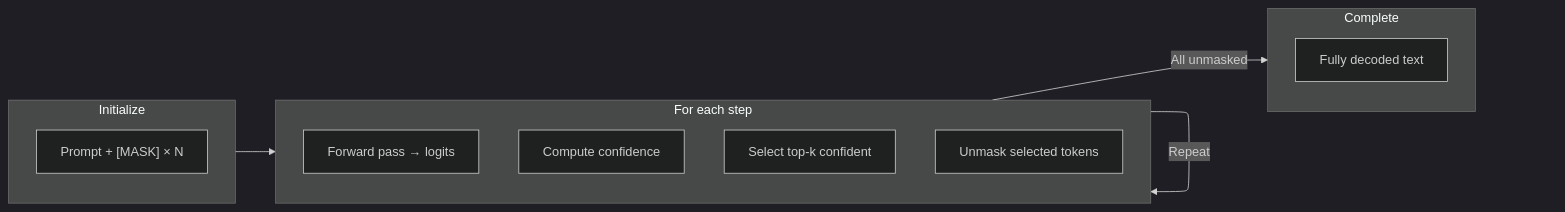
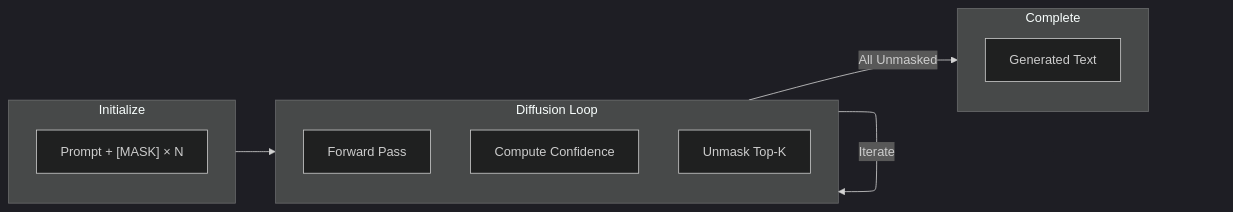
One commit to mwaykole/vdiff changed the second of 2 diagrams in README.md. Above: the diagram before and after it, drawn with Mermaid (dark theme). The commit also changed other lines of this file and 36 other files, not shown here.

````diff
--- a/README.md
+++ b/README.md
@@ -140,21 +297,20 @@
 ```mermaid
 flowchart LR
     subgraph Init["Initialize"]
         A["Prompt + [MASK] × N"]
     end
     
-    subgraph Loop["For each step"]
-        B["Forward pass → logits"]
-        C["Compute confidence"]
-        D["Select top-k confident"]
-        E["Unmask selected tokens"]
+    subgraph Loop["Diffusion Loop"]
+        B["Forward Pass"]
+        C["Compute Confidence"]
+        D["Unmask Top-K"]
     end
     
     subgraph Done["Complete"]
-        F["Fully decoded text"]
+        E["Generated Text"]
     end
     
     Init --> Loop
-    Loop -->|"Repeat"| Loop
-    Loop -->|"All unmasked"| Done
+    Loop -->|Iterate| Loop
+    Loop -->|All Unmasked| Done
 ```
````
